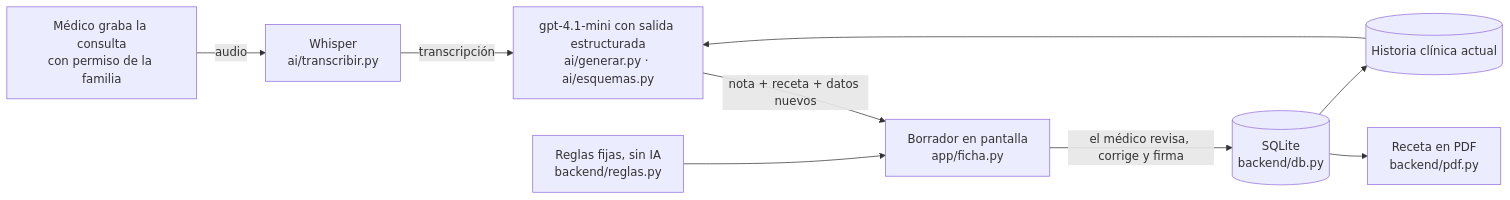
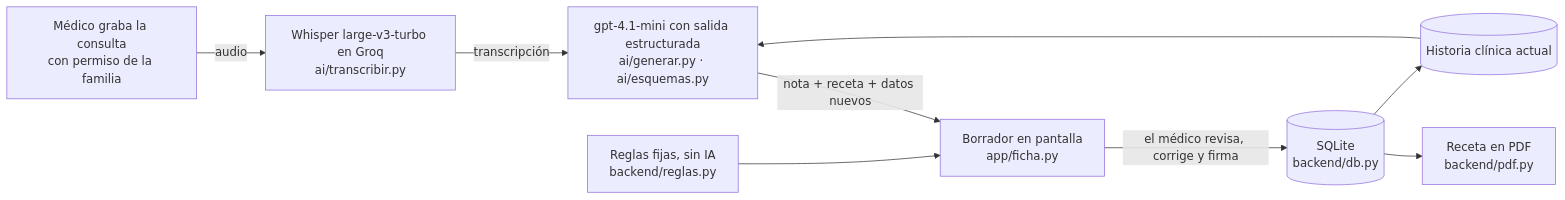
Before and after one commit to serugiran96/ceni: the diagram in README.md, drawn with Mermaid. The commit also changed other lines of this file and 5 other files, not shown here.

First line of the commit message:
Transcripción con Whisper large-v3-turbo en Groq, con whisper-1 de OpenAI de respaldo

````diff
--- a/README.md
+++ b/README.md
@@ -110,11 +110,11 @@
 ```mermaid
 flowchart LR
-    A["Médico graba la consulta<br/>con permiso de la familia"] -->|audio| B["Whisper<br/>ai/transcribir.py"]
+    A["Médico graba la consulta<br/>con permiso de la familia"] -->|audio| B["Whisper large-v3-turbo en Groq<br/>ai/transcribir.py"]
     B -->|transcripción| C["gpt-4.1-mini con salida estructurada<br/>ai/generar.py · ai/esquemas.py"]
     H[("Historia clínica actual")] --> C
     C -->|"nota + receta + datos nuevos"| D["Borrador en pantalla<br/>app/ficha.py"]
     R["Reglas fijas, sin IA<br/>backend/reglas.py"] --> D
     D -->|"el médico revisa, corrige y firma"| E[("SQLite<br/>backend/db.py")]
     E --> F["Receta en PDF<br/>backend/pdf.py"]
     E --> H
 ```
````
